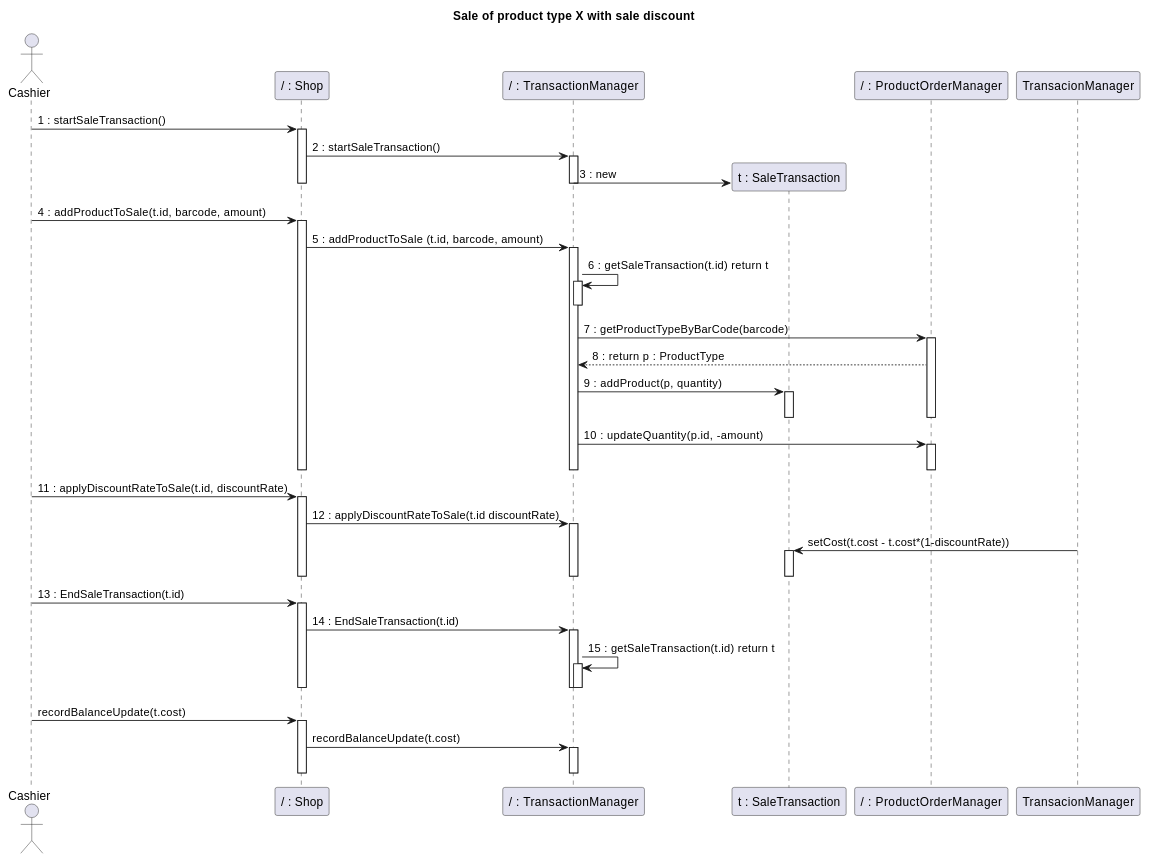
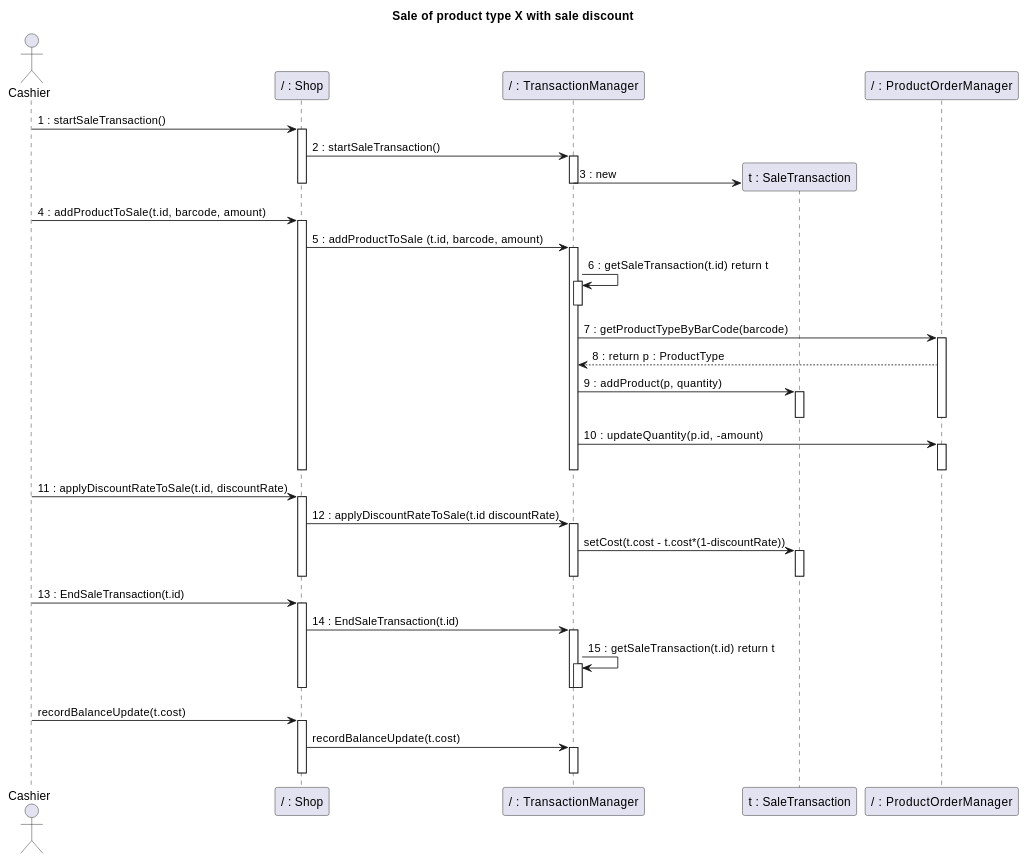
Diagram 22 of 34 in Deliverables/DesignDocument.md (nicolabattaglino/ezshop), drawn with PlantUML before and after one commit. The commit also changed other lines of this file, not shown here.

````diff
--- a/Deliverables/DesignDocument.md
+++ b/Deliverables/DesignDocument.md
@@ -1114,75 +1115,75 @@
 ```plantuml
 @startuml
 
 title
 Sale of product type X with sale discount
 end title
 
 actor Cashier
 
 participant "/ : Shop" as Shop
 participant "/ : TransactionManager" as TransactionManager
 participant "t : SaleTransaction"  as SaleTransaction
 participant "/ : ProductOrderManager" as ProductOrderManager
 
 Cashier -> Shop: 1 : startSaleTransaction()
 activate Shop
 Shop -> TransactionManager : 2 : startSaleTransaction()
 activate TransactionManager
 create SaleTransaction
 TransactionManager -> SaleTransaction: 3 : new
 deactivate TransactionManager
 deactivate Shop
 Cashier -> Shop : 4 : addProductToSale(t.id, barcode, amount)
 activate Shop
 Shop -> TransactionManager: 5 : addProductToSale (t.id, barcode, amount)
  
 
 activate TransactionManager
 TransactionManager -> TransactionManager: 6 : getSaleTransaction(t.id) return t
 activate TransactionManager
 deactivate TransactionManager
 TransactionManager -> ProductOrderManager: 7 : getProductTypeByBarCode(barcode)
 activate ProductOrderManager
 
 
 TransactionManager <-- ProductOrderManager : 8 : return p : ProductType
 
 TransactionManager -> SaleTransaction : 9 : addProduct(p, quantity)
 activate SaleTransaction
 deactivate SaleTransaction
 deactivate ProductOrderManager
 TransactionManager -> ProductOrderManager: 10 : updateQuantity(p.id, -amount)
 activate ProductOrderManager
 deactivate ProductOrderManager
 deactivate TransactionManager
 deactivate Shop
 
 Cashier -> Shop : 11 : applyDiscountRateToSale(t.id, discountRate)
 activate Shop
 Shop -> TransactionManager : 12 : applyDiscountRateToSale(t.id discountRate)
 activate TransactionManager
-TransacionManager -> SaleTransaction : setCost(t.cost - t.cost*(1-discountRate))
+TransactionManager -> SaleTransaction : setCost(t.cost - t.cost*(1-discountRate))
 activate SaleTransaction
 deactivate SaleTransaction
 deactivate TransactionManager
 deactivate Shop
 
 Cashier -> Shop : 13 : EndSaleTransaction(t.id)
 activate Shop
 Shop -> TransactionManager : 14 : EndSaleTransaction(t.id)
 activate TransactionManager
 TransactionManager -> TransactionManager : 15 : getSaleTransaction(t.id) return t
 activate TransactionManager
 deactivate TransactionManager
 deactivate TransactionManager
 deactivate Shop
 
 Cashier -> Shop : recordBalanceUpdate(t.cost)
 activate Shop
 Shop -> TransactionManager : recordBalanceUpdate(t.cost)
 activate TransactionManager
 deactivate TransactionManager
 deactivate Shop
 @enduml
 ```
````
